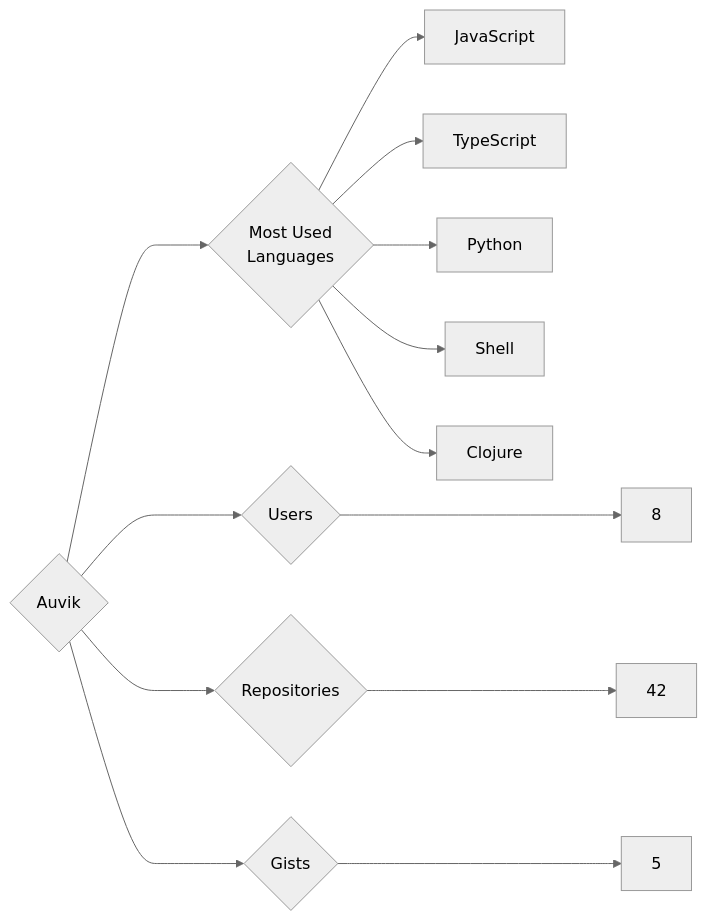
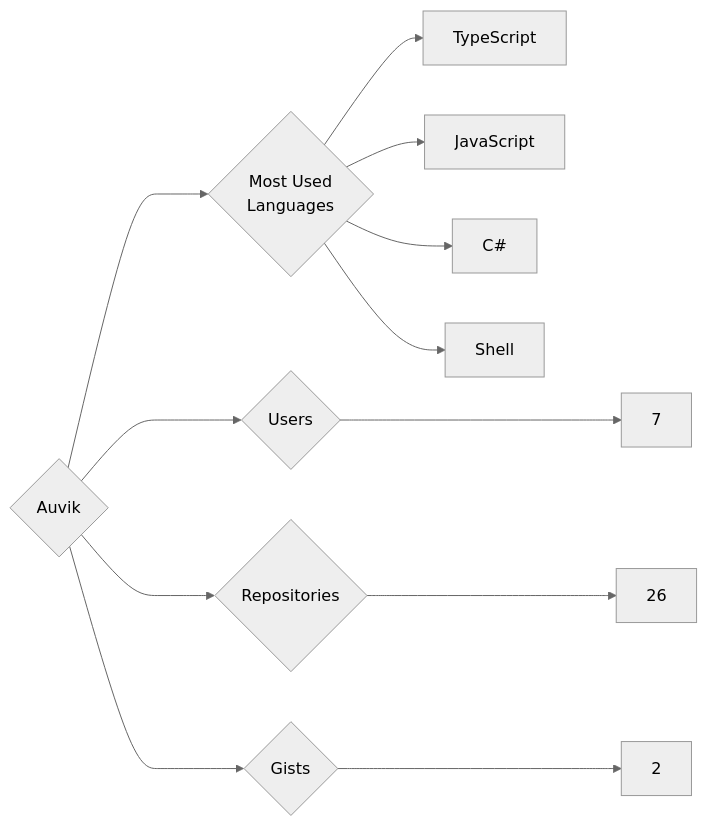
The diagram in targets/Auvik/README.md (trickest/insiders), drawn with Mermaid (neutral theme) before and after one commit. The commit also changed 1170 other files, not shown here.

````diff
--- a/targets/Auvik/README.md
+++ b/targets/Auvik/README.md
@@ -3,13 +3,12 @@
 ```mermaid
 graph LR
 COMPANY_NAME{Auvik}
-COMPANY_NAME ---> U{Users} ---> UN[8]
-COMPANY_NAME ---> R{Repositories} ---> RN[42]
-COMPANY_NAME ---> G{Gists} ---> GN[5]
+COMPANY_NAME ---> U{Users} ---> UN[7]
+COMPANY_NAME ---> R{Repositories} ---> RN[26]
+COMPANY_NAME ---> G{Gists} ---> GN[2]
 COMPANY_NAME ---> ML{Most Used<br>Languages}
+ML --> TypeScript[TypeScript]
 ML --> JavaScript[JavaScript]
-ML --> TypeScript[TypeScript]
-ML --> Python[Python]
+ML --> C#[C#]
 ML --> Shell[Shell]
-ML --> Clojure[Clojure]
 ```
````
